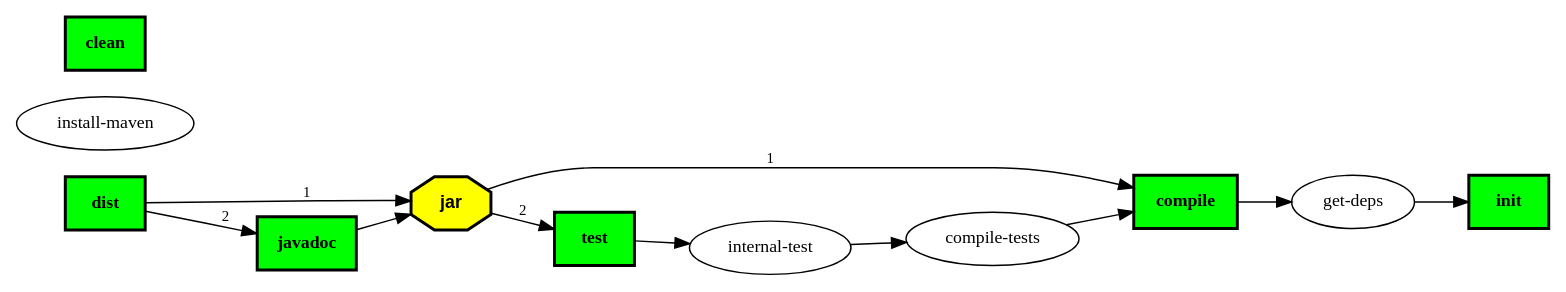
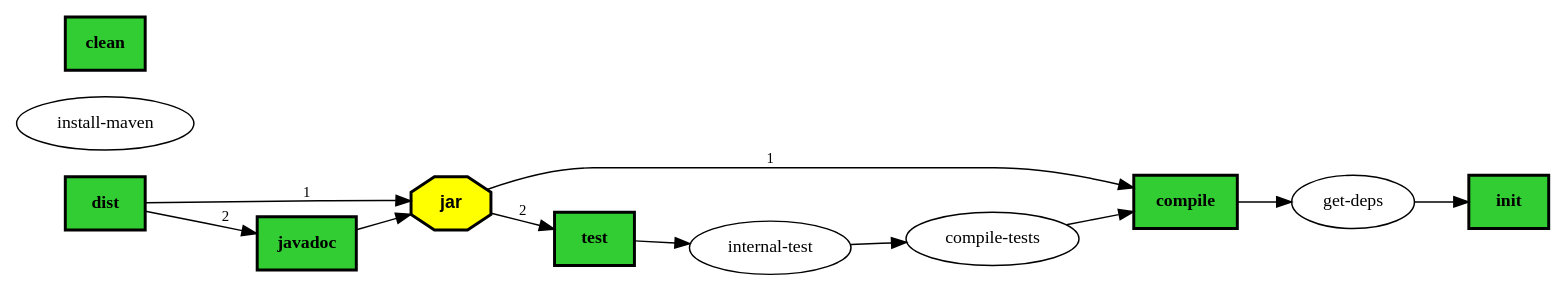
The diagram in src/etc/testcases/build-simple.dot (Ant-Grand/Grand), drawn with Graphviz before and after one commit. The commit also changed 5 other files, not shown here.

First line of the commit message:
Fix black-on-black targets by using limegreen instead of lime

```diff
--- a/src/etc/testcases/build-simple.dot
+++ b/src/etc/testcases/build-simple.dot
@@ -1,37 +1,37 @@
 digraph "grand" {
 graph [rankdir="LR"];
 node [fontsize="12"];
 edge [fontsize="10"];
 "jar" [shape=octagon,fillcolor="yellow",style="filled,bold",fontname="Helvetica-Bold",comment="o Create the jar"];
 "jar" -> "compile" [label="1"];
 "jar" -> "test" [label="2"];
 
 "install-maven"
 
 "compile-tests"
 "compile-tests" -> "compile";
 
-"javadoc" [shape=box,fillcolor="lime",style="filled,bold",fontname="Times-Bold",comment="o Generate javadoc"];
+"javadoc" [shape=box,fillcolor="limegreen",style="filled,bold",fontname="Times-Bold",comment="o Generate javadoc"];
 "javadoc" -> "jar";
 
-"test" [shape=box,fillcolor="lime",style="filled,bold",fontname="Times-Bold",comment="o Run the test cases"];
+"test" [shape=box,fillcolor="limegreen",style="filled,bold",fontname="Times-Bold",comment="o Run the test cases"];
 "test" -> "internal-test";
 
-"clean" [shape=box,fillcolor="lime",style="filled,bold",fontname="Times-Bold",comment="o Clean up the generated directories"];
+"clean" [shape=box,fillcolor="limegreen",style="filled,bold",fontname="Times-Bold",comment="o Clean up the generated directories"];
 
-"dist" [shape=box,fillcolor="lime",style="filled,bold",fontname="Times-Bold",comment="o Create a distribution"];
+"dist" [shape=box,fillcolor="limegreen",style="filled,bold",fontname="Times-Bold",comment="o Create a distribution"];
 "dist" -> "jar" [label="1"];
 "dist" -> "javadoc" [label="2"];
 
 "get-deps"
 "get-deps" -> "init";
 
-"init" [shape=box,fillcolor="lime",style="filled,bold",fontname="Times-Bold",comment="o Initializes some properties"];
+"init" [shape=box,fillcolor="limegreen",style="filled,bold",fontname="Times-Bold",comment="o Initializes some properties"];
 
 "internal-test"
 "internal-test" -> "compile-tests";
 
-"compile" [shape=box,fillcolor="lime",style="filled,bold",fontname="Times-Bold",comment="o Compile the code"];
+"compile" [shape=box,fillcolor="limegreen",style="filled,bold",fontname="Times-Bold",comment="o Compile the code"];
 "compile" -> "get-deps";
 
 }
```
